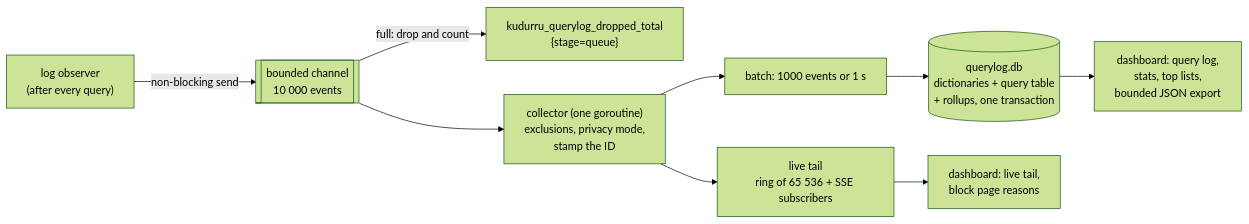
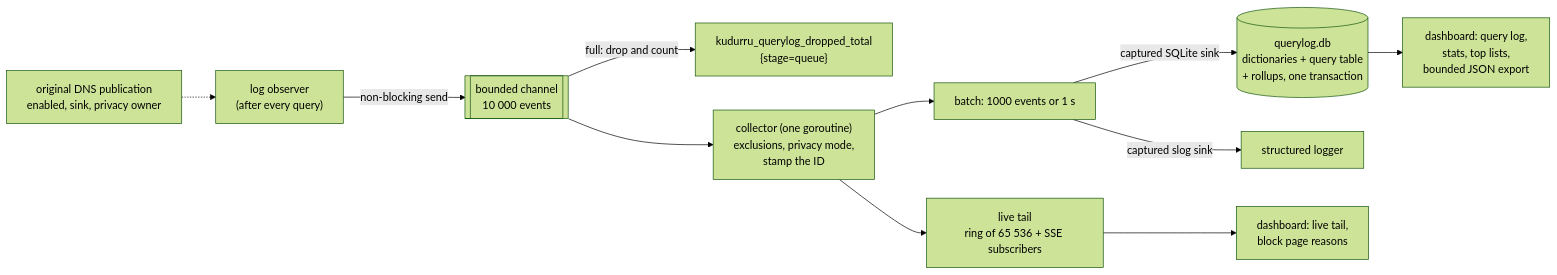
The first of 4 diagrams in docs/architecture/observability.md (robertherbaugh/kudurru), drawn with Mermaid (forest theme) before and after one commit. The commit also changed other lines of this file and 30 other files, not shown here.

Commit message:
feat(querylog): reload sinks with captured publication ownership

````diff
--- a/docs/architecture/observability.md
+++ b/docs/architecture/observability.md
@@ -93,11 +93,13 @@
 ```mermaid
 flowchart LR
     OBS["log observer<br/>(after every query)"] -->|"non-blocking send"| CH[["bounded channel<br/>10 000 events"]]
     CH -->|"full: drop and count"| DROP["kudurru_querylog_dropped_total<br/>{stage=queue}"]
     CH --> COL["collector (one goroutine)<br/>exclusions, privacy mode,<br/>stamp the ID"]
     COL --> TAIL["live tail<br/>ring of 65 536 + SSE subscribers"]
     COL --> BATCH["batch: 1000 events or 1 s"]
-    BATCH --> DB[("querylog.db<br/>dictionaries + query table<br/>+ rollups, one transaction")]
+    PUB["original DNS publication<br/>enabled, sink, privacy owner"] -.-> OBS
+    BATCH -->|"captured SQLite sink"| DB[("querylog.db<br/>dictionaries + query table<br/>+ rollups, one transaction")]
+    BATCH -->|"captured slog sink"| SLOG["structured logger"]
     TAIL --> API["dashboard: live tail,<br/>block page reasons"]
     DB --> API2["dashboard: query log,<br/>stats, top lists,<br/>bounded JSON export"]
 ```
````
